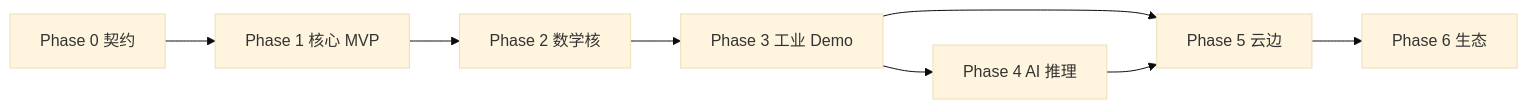
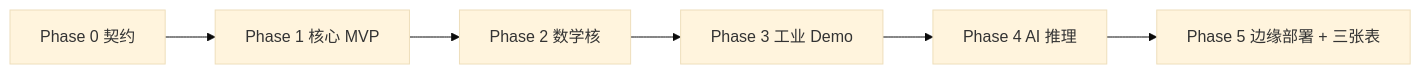
One commit to lannisite110/StructForIndustry changed the diagram in docs/PHASES.md. Above: the diagram before and after it, drawn with Mermaid (base theme). The commit also changed other lines of this file and 40 other files, not shown here.

````diff
--- a/docs/PHASES.md
+++ b/docs/PHASES.md
@@ -199,10 +178,8 @@
 ```mermaid
 flowchart LR
   P0[Phase 0 契约] --> P1[Phase 1 核心 MVP]
   P1 --> P2[Phase 2 数学核]
   P2 --> P3[Phase 3 工业 Demo]
   P3 --> P4[Phase 4 AI 推理]
-  P3 --> P5[Phase 5 云边]
-  P4 --> P5
-  P5 --> P6[Phase 6 生态]
+  P4 --> P5[Phase 5 边缘部署 + 三张表]
 ```
````
